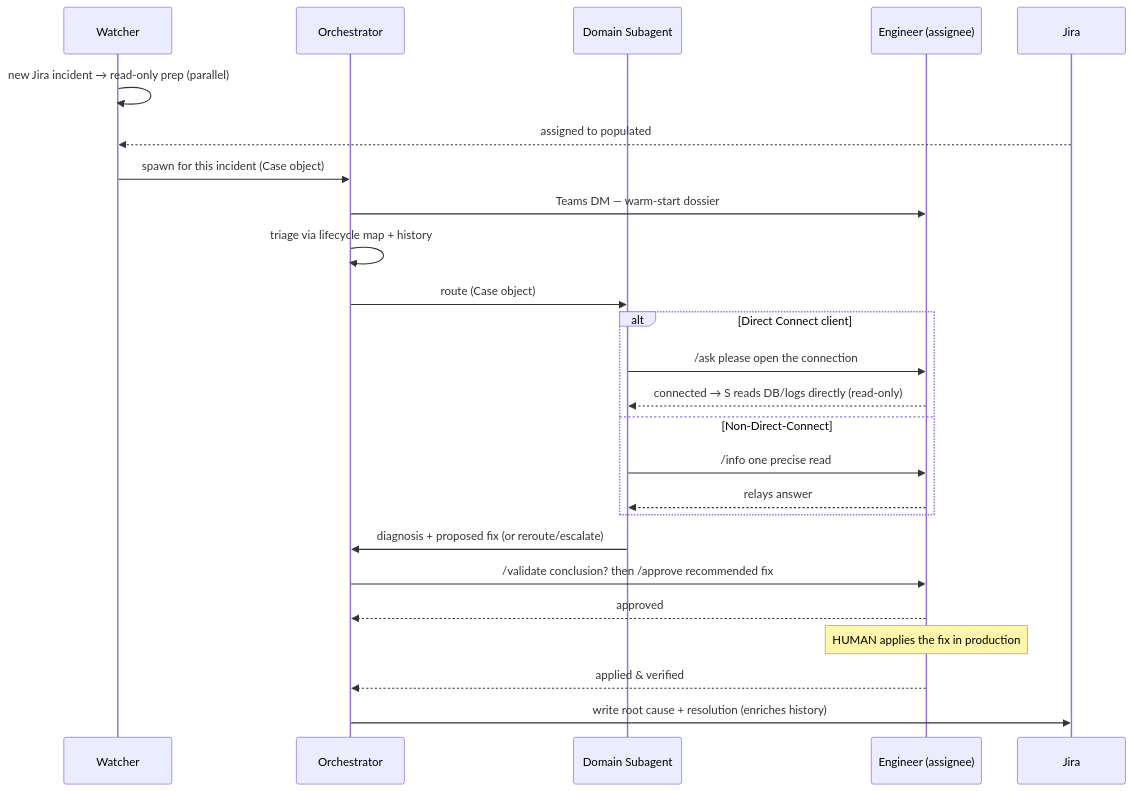
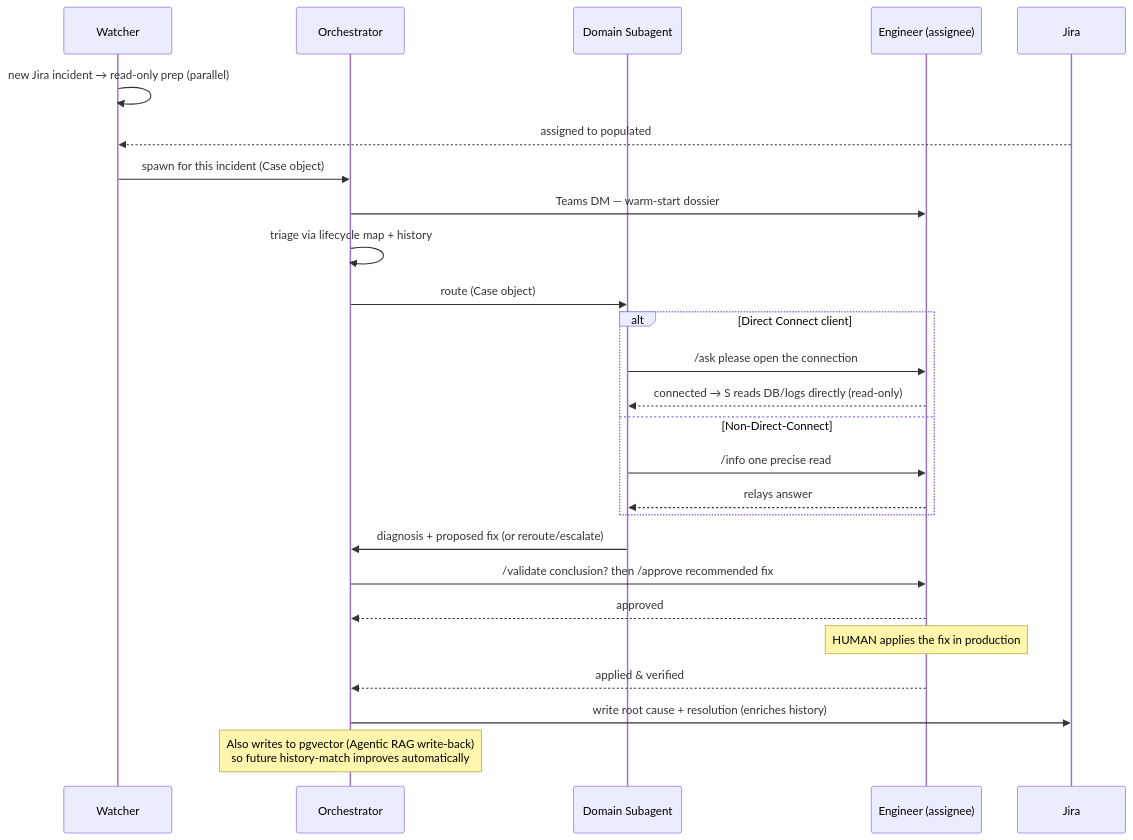
One commit to yogenyadav/support-orchestration changed the tenth of 10 diagrams in docs/3-agent-design.md. Above: the diagram before and after it, drawn with Mermaid. The commit also changed other lines of this file and 8 other files, not shown here.

````diff
--- a/docs/3-agent-design.md
+++ b/docs/3-agent-design.md
@@ -228,28 +228,29 @@
 ```mermaid
 sequenceDiagram
     participant W as Watcher
     participant O as Orchestrator
     participant S as Domain Subagent
     participant E as Engineer (assignee)
     participant J as Jira
 
     W->>W: new Jira incident → read-only prep (parallel)
     J-->>W: assigned to populated
     W->>O: spawn for this incident (Case object)
     O->>E: Teams DM — warm-start dossier
     O->>O: triage via lifecycle map + history
     O->>S: route (Case object)
     alt Direct Connect client
         S->>E: /ask please open the connection
         E-->>S: connected → S reads DB/logs directly (read-only)
     else Non-Direct-Connect
         S->>E: /info one precise read
         E-->>S: relays answer
     end
     S->>O: diagnosis + proposed fix (or reroute/escalate)
     O->>E: /validate conclusion?  then /approve recommended fix
     E-->>O: approved
     Note over E: HUMAN applies the fix in production
     E-->>O: applied & verified
     O->>J: write root cause + resolution (enriches history)
+    Note over O: Also writes to pgvector (Agentic RAG write-back)<br/>so future history-match improves automatically
 ```
````
